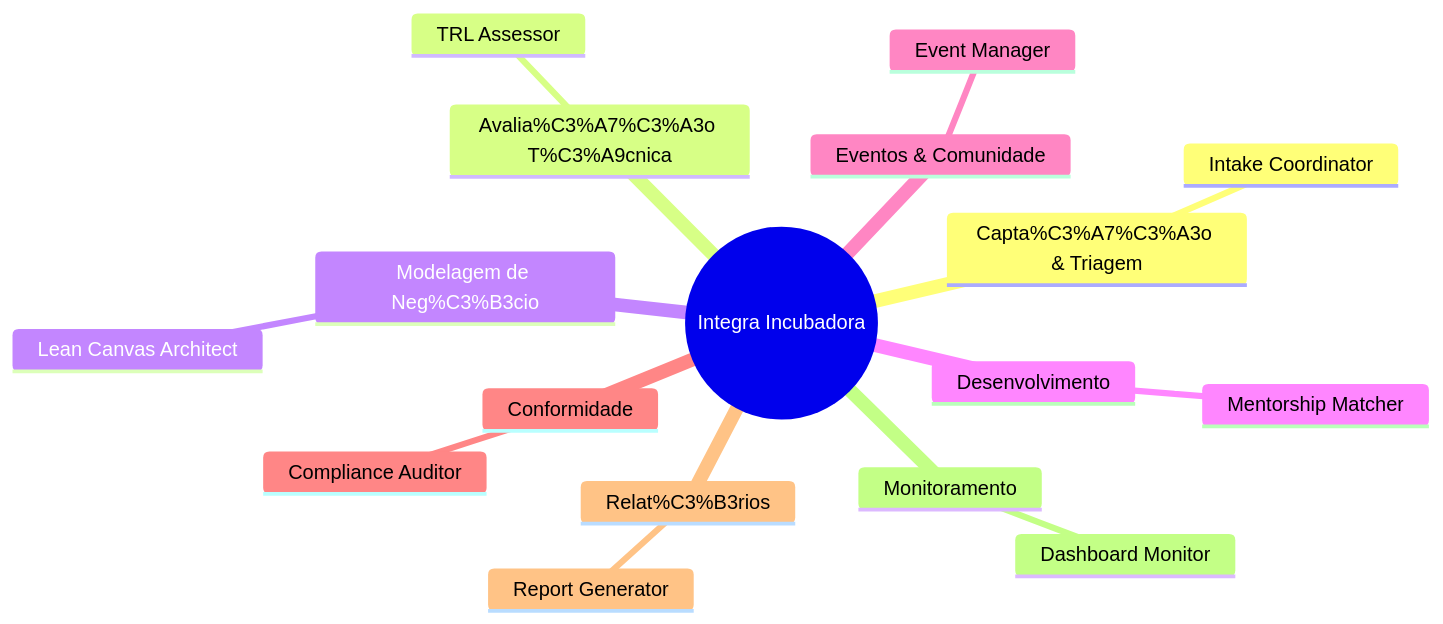
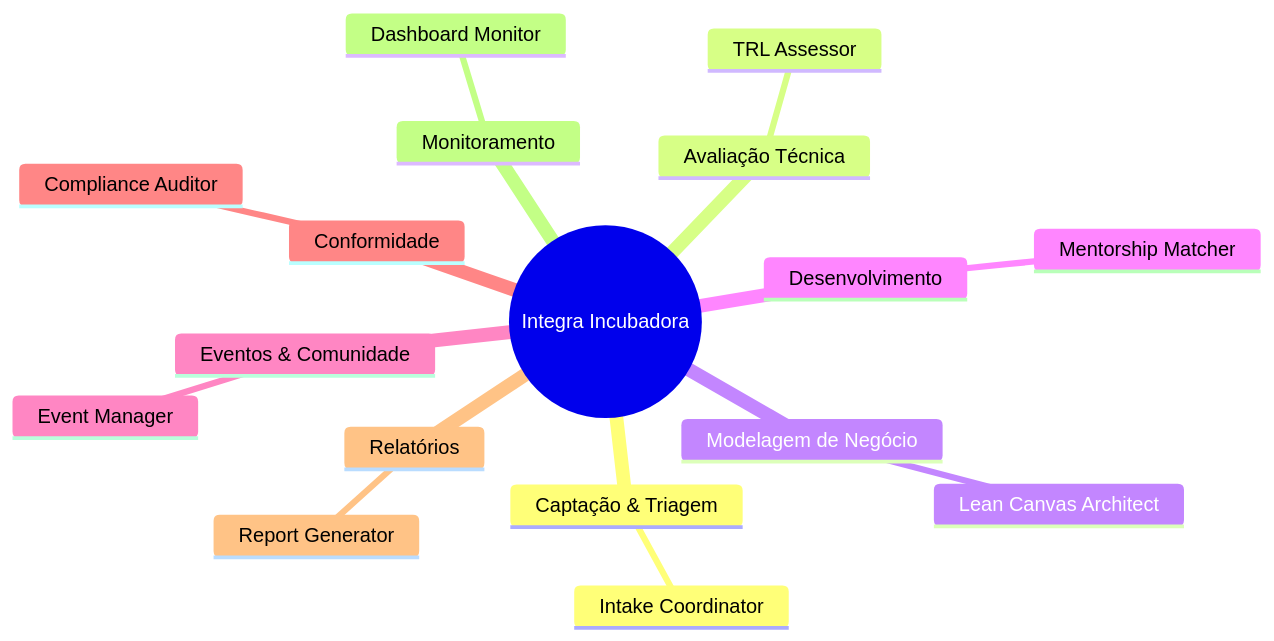
The first of 2 diagrams in squads/integra-incubadora-ops-squad/README.md (marciobisognin/Squads-Genius), drawn with Mermaid before and after one commit. The commit also changed other lines of this file and 5 other files, not shown here.

````diff
--- a/squads/integra-incubadora-ops-squad/README.md
+++ b/squads/integra-incubadora-ops-squad/README.md
@@ -37,20 +37,20 @@
 ```mermaid
 mindmap
   root((Integra Incubadora))
-    Capta%C3%A7%C3%A3o & Triagem
+    Captação & Triagem
       Intake Coordinator
-    Avalia%C3%A7%C3%A3o T%C3%A9cnica
+    Avaliação Técnica
       TRL Assessor
-    Modelagem de Neg%C3%B3cio
+    Modelagem de Negócio
       Lean Canvas Architect
     Desenvolvimento
       Mentorship Matcher
     Eventos & Comunidade
       Event Manager
     Conformidade
       Compliance Auditor
-    Relat%C3%B3rios
+    Relatórios
       Report Generator
     Monitoramento
       Dashboard Monitor
 ```
````
